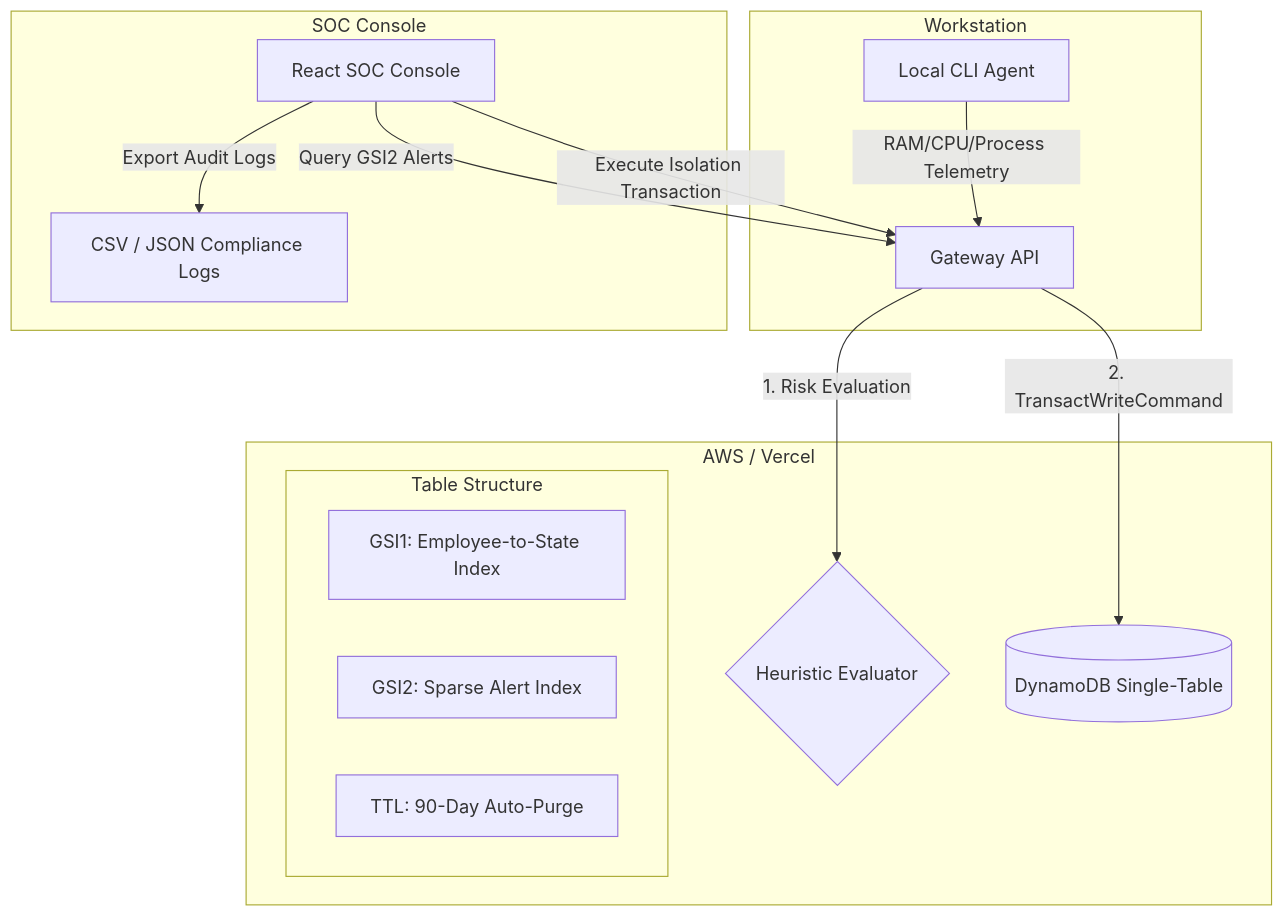
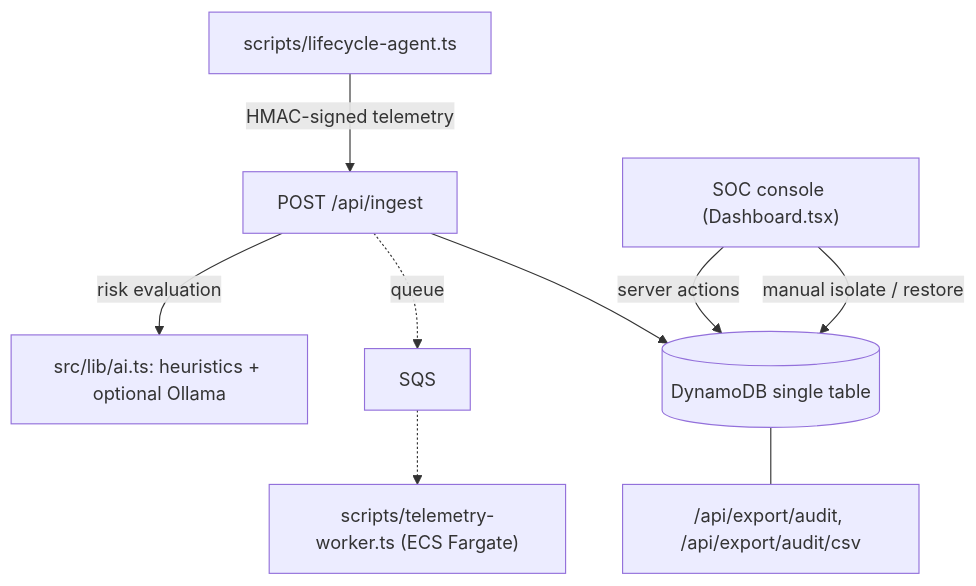
Before and after one commit to HamzaKhanBUIC/LifecycleZero-Database-Level-Local-AI-Governance-Threat-Isolation: the diagram in README.md, drawn with Mermaid. The commit also changed other lines of this file and 1 other file, not shown here.

````diff
--- a/README.md
+++ b/README.md
@@ -24,23 +12,10 @@
 ```mermaid
 graph TD
-    subgraph Endpoint [Workstation]
-        Agent[Local CLI Agent] -->|RAM/CPU/Process Telemetry| API[Gateway API]
-    end
-
-    subgraph Serverless Backend [AWS / Vercel]
-        API -->|1. Risk Evaluation| Eval{Heuristic Evaluator}
-        API -->|2. TransactWriteCommand| DDB[(DynamoDB Single-Table)]
-        
-        subgraph Table Structure
-            GSI1[GSI1: Employee-to-State Index]
-            GSI2[GSI2: Sparse Alert Index]
-            TTL[TTL: 90-Day Auto-Purge]
-        end
-    end
-
-    subgraph Management [SOC Console]
-        Dashboard[React SOC Console] -->|Query GSI2 Alerts| API
-        Dashboard -->|Execute Isolation Transaction| API
-        Dashboard -->|Export Audit Logs| CSV[CSV / JSON Compliance Logs]
-    end
+    Agent["scripts/lifecycle-agent.ts"] -->|HMAC-signed telemetry| API["POST /api/ingest"]
+    API -->|risk evaluation| Eval["src/lib/ai.ts: heuristics + optional Ollama"]
+    API --> DDB[(DynamoDB single table)]
+    API -.->|queue| SQS[SQS] -.-> Worker["scripts/telemetry-worker.ts (ECS Fargate)"]
+    Console["SOC console (Dashboard.tsx)"] -->|server actions| DDB
+    Console -->|manual isolate / restore| DDB
+    DDB --- Export["/api/export/audit, /api/export/audit/csv"]
 ```
````
